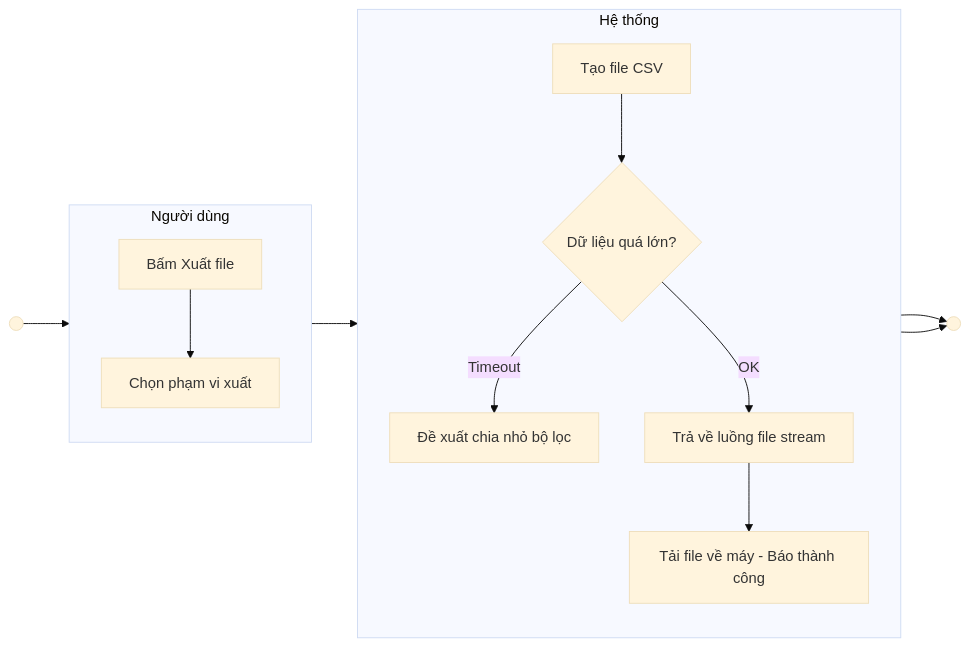
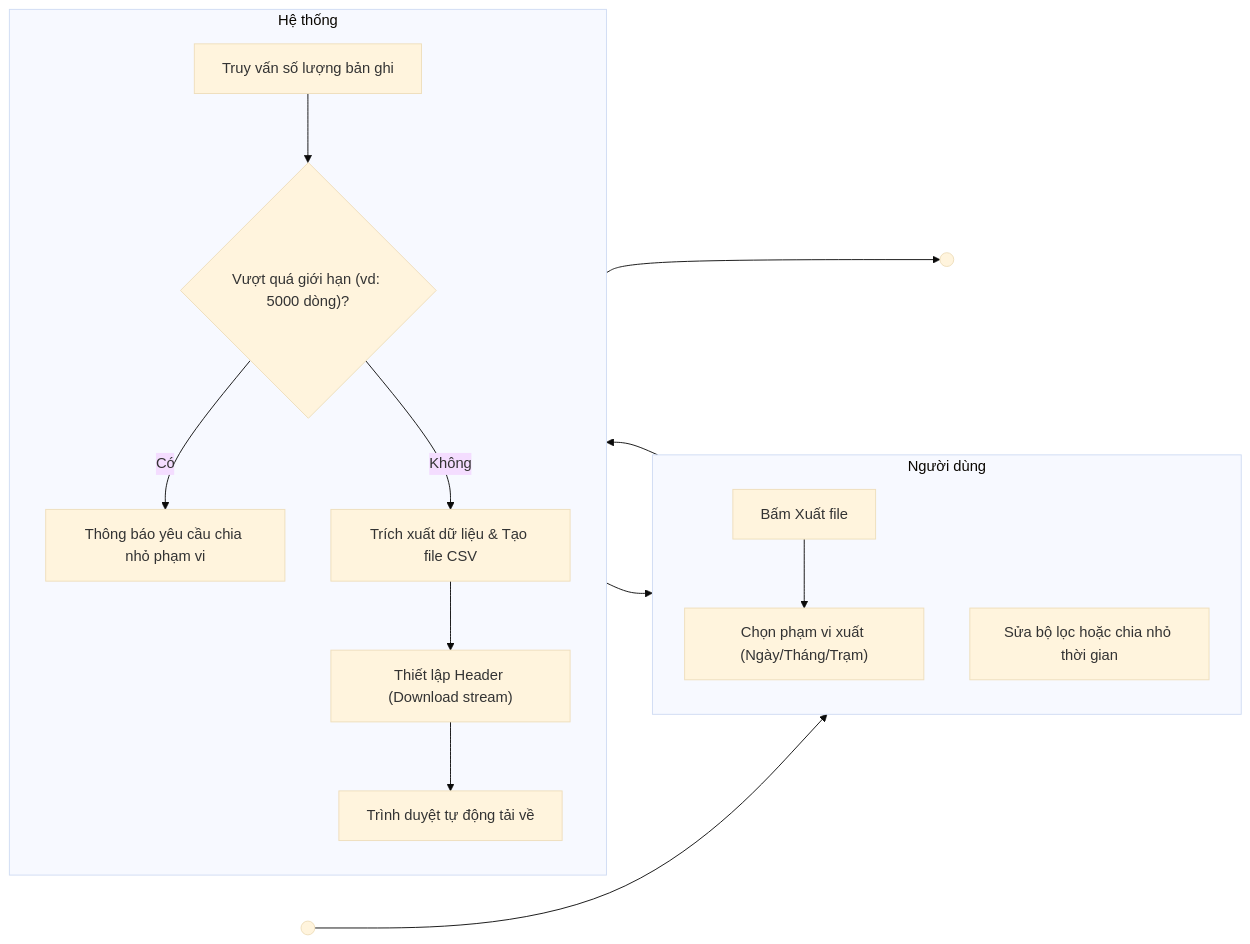
One commit to ngogiaquyen/acw-srs changed the tenth of 18 diagrams in documents/activity-diagrams.md. Above: the diagram before and after it, drawn with Mermaid (base theme). The commit also changed other lines of this file and 23 other files, not shown here.

````diff
--- a/documents/activity-diagrams.md
+++ b/documents/activity-diagrams.md
@@ -232,19 +239,21 @@
 ```mermaid
 flowchart LR
   subgraph ND["Người dùng"]
     direction TB
-    a1[Bấm Xuất file]
-    a2[Chọn phạm vi xuất]
+    a1["Bấm Xuất file"]
+    a2["Chọn phạm vi xuất (Ngày/Tháng/Trạm)"]
+    a3["Sửa bộ lọc hoặc chia nhỏ thời gian"]
   end
   subgraph HT["Hệ thống"]
     direction TB
-    b1[Tạo file CSV]
-    b2{Dữ liệu quá lớn?}
-    b3[Đề xuất chia nhỏ bộ lọc]
-    b4[Trả về luồng file stream]
-    b5[Tải file về máy - Báo thành công]
+    b1["Truy vấn số lượng bản ghi"]
+    b2{"Vượt quá giới hạn (vd: 5000 dòng)?"}
+    b3["Thông báo yêu cầu chia nhỏ phạm vi"]
+    b4["Trích xuất dữ liệu & Tạo file CSV"]
+    b5["Thiết lập Header (Download stream)"]
+    b6["Trình duyệt tự động tải về"]
   end
   S(( )) --> a1 --> a2 --> b1 --> b2
-  b2 -->|Timeout| b3 --> E(( ))
-  b2 -->|OK| b4 --> b5 --> E
+  b2 -->|"Có"| b3 --> a3
+  b2 -->|"Không"| b4 --> b5 --> b6 --> E(( ))
 ```
````
